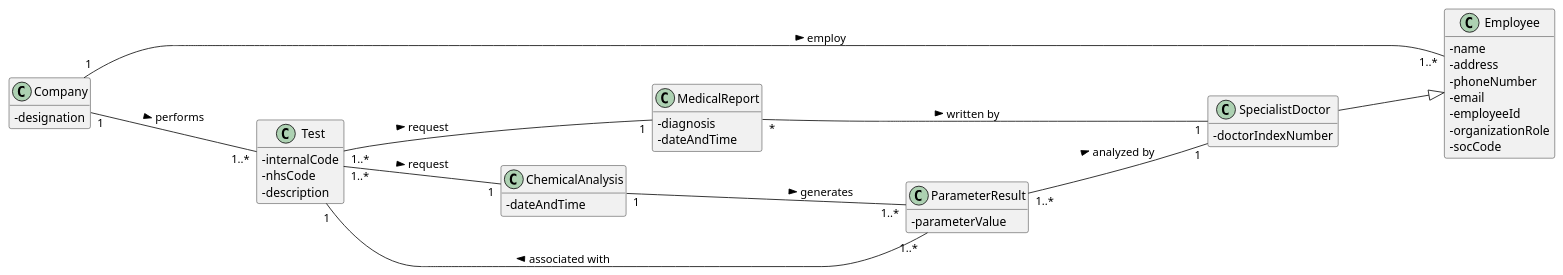
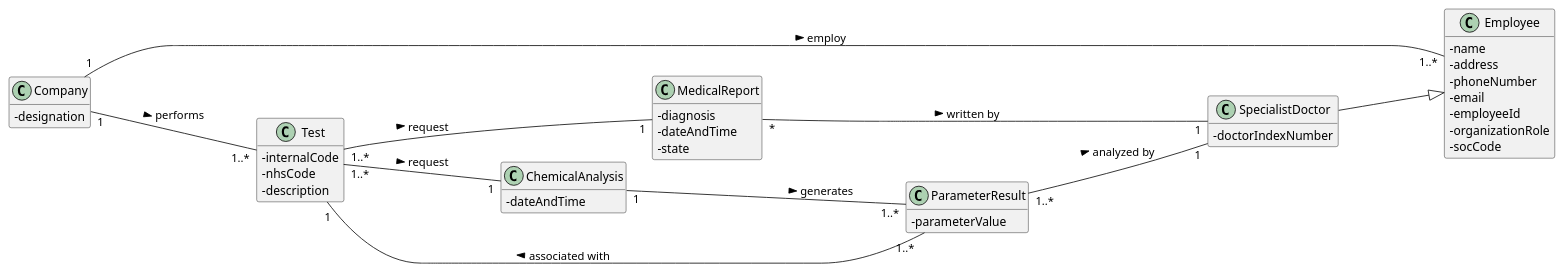
The diagram in docs/SprintC/US14/US14_DM.puml (manu-07-ela/LAPR2_ISEP), drawn with PlantUML before and after one commit. The commit also changed 1 other file, not shown here.

```diff
--- a/docs/SprintC/US14/US14_DM.puml
+++ b/docs/SprintC/US14/US14_DM.puml
@@ -1,57 +1,58 @@
 @startuml
 hide methods
 left to right direction
 skinparam classAttributeIconSize 0
 
 class Company{
 -designation
 }
 
 
 class Employee{
 -name
 -address
 -phoneNumber
 -email
 -employeeId
 -organizationRole
 -socCode
 }
 
 class SpecialistDoctor{
 -doctorIndexNumber
 }
 
 class Test{
 -internalCode
 -nhsCode
 -description
 }
 
 class MedicalReport{
 -diagnosis
 -dateAndTime
+-state
 }
 
 class ParameterResult{
 -parameterValue
 }
 
 class ChemicalAnalysis{
 -dateAndTime
 }
 
 
 
 
 Company "1"---"1..*" Employee : employ >
 Company "1"---"1..*" Test : performs >
 ChemicalAnalysis "1"---"1..*" ParameterResult: generates >
 Test "1..*" ---"1" ChemicalAnalysis : request >
 Test "1..*" ---"1" MedicalReport : request >
 ParameterResult "1..*" --- "1" Test : associated with >
 ParameterResult "1..*"---"1" SpecialistDoctor : analyzed by >
 SpecialistDoctor ---|> Employee
 MedicalReport "*"---"1" SpecialistDoctor : written by >
 
 @enduml
```
